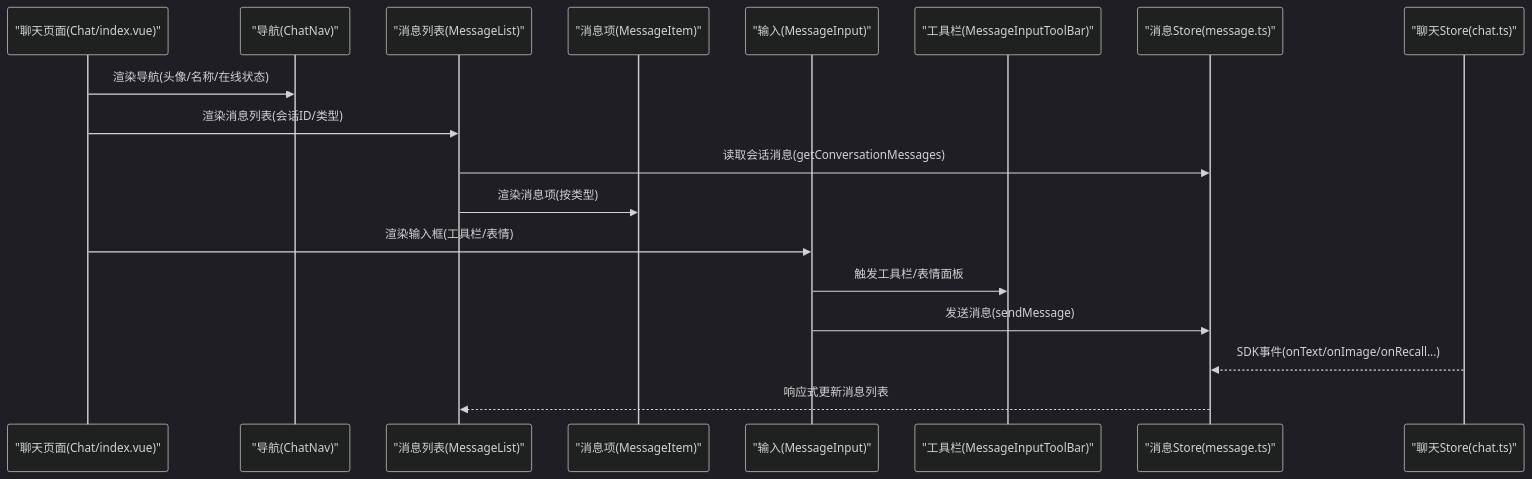
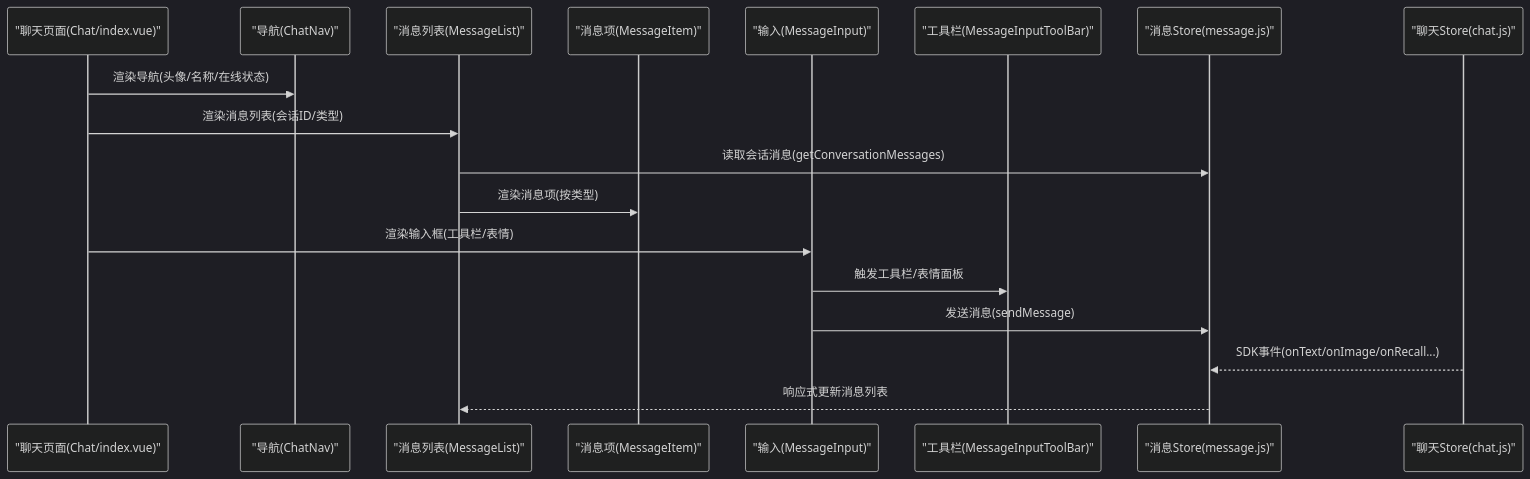
One commit to Easemob-Community/easemob-uikit-uniapp-community changed the second of 3 diagrams in .qoder/repowiki/zh/content/聊天模块/聊天模块.md. Above: the diagram before and after it, drawn with Mermaid (dark theme). The commit also changed other lines of this file and 14 other files, not shown here.

````diff
--- a/.qoder/repowiki/zh/content/聊天模块/聊天模块.md
+++ b/.qoder/repowiki/zh/content/聊天模块/聊天模块.md
@@ -143,20 +143,20 @@
 ```mermaid
 sequenceDiagram
 participant Page as "聊天页面(Chat/index.vue)"
 participant Nav as "导航(ChatNav)"
 participant List as "消息列表(MessageList)"
 participant Item as "消息项(MessageItem)"
 participant Input as "输入(MessageInput)"
 participant Tool as "工具栏(MessageInputToolBar)"
-participant StoreMsg as "消息Store(message.ts)"
-participant StoreChat as "聊天Store(chat.ts)"
+participant StoreMsg as "消息Store(message.js)"
+participant StoreChat as "聊天Store(chat.js)"
 Page->>Nav : 渲染导航(头像/名称/在线状态)
 Page->>List : 渲染消息列表(会话ID/类型)
 List->>StoreMsg : 读取会话消息(getConversationMessages)
 List->>Item : 渲染消息项(按类型)
 Page->>Input : 渲染输入框(工具栏/表情)
 Input->>Tool : 触发工具栏/表情面板
 Input->>StoreMsg : 发送消息(sendMessage)
 StoreChat-->>StoreMsg : SDK事件(onText/onImage/onRecall...)
 StoreMsg-->>List : 响应式更新消息列表
 ```
````
